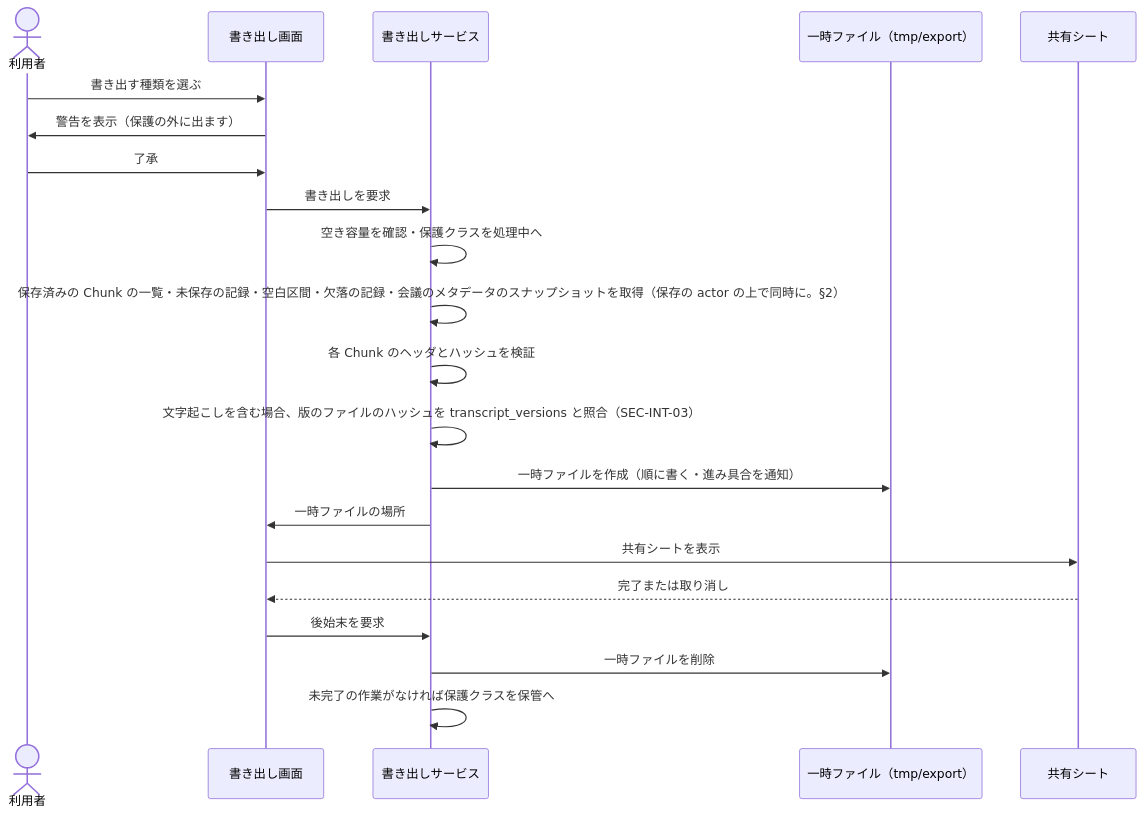
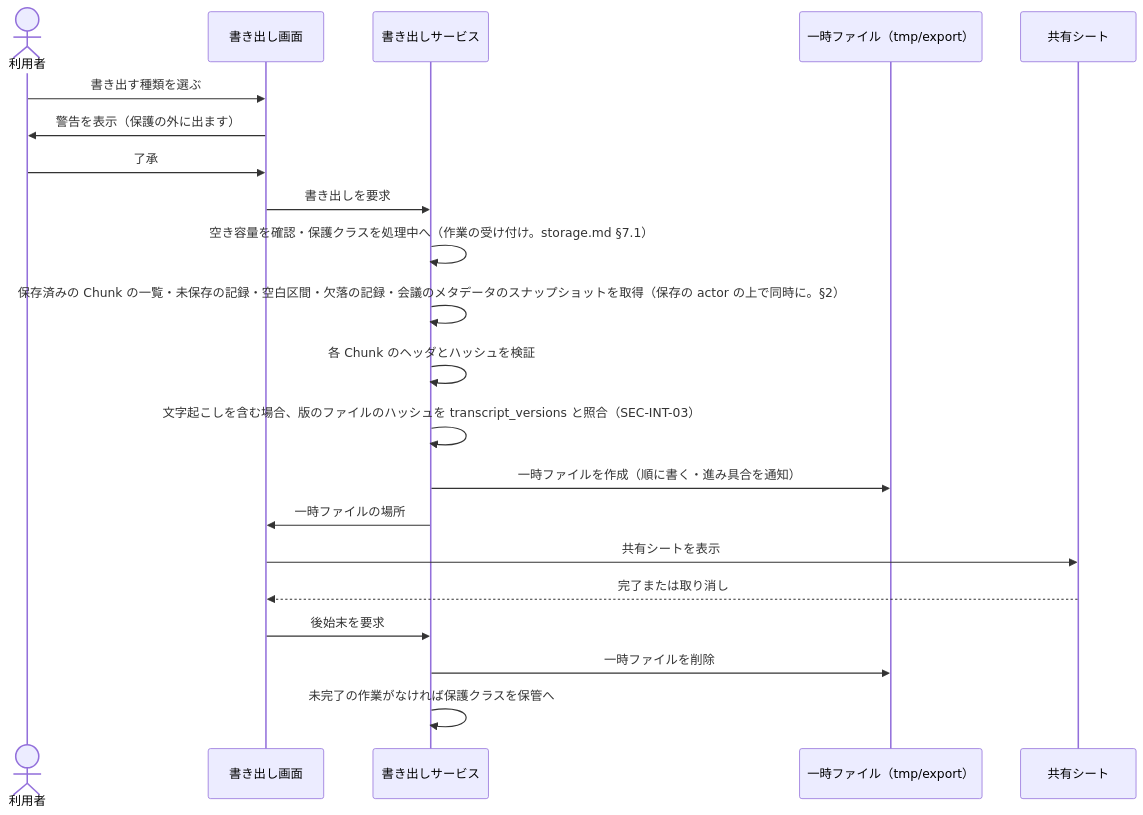
One commit to myoshi2891/Minutes-Mobile changed the diagram in docs/02-basic-design/export.md. Above: the diagram before and after it, drawn with Mermaid. The commit also changed 5 other files, not shown here.

````diff
--- a/docs/02-basic-design/export.md
+++ b/docs/02-basic-design/export.md
@@ -63,23 +63,23 @@
 ```mermaid
 sequenceDiagram
     actor U as 利用者
     participant V as 書き出し画面
     participant E as 書き出しサービス
     participant T as 一時ファイル（tmp/export）
     participant S as 共有シート
     U->>V: 書き出す種類を選ぶ
     V->>U: 警告を表示（保護の外に出ます）
     U->>V: 了承
     V->>E: 書き出しを要求
-    E->>E: 空き容量を確認・保護クラスを処理中へ
+    E->>E: 空き容量を確認・保護クラスを処理中へ（作業の受け付け。storage.md §7.1）
     E->>E: 保存済みの Chunk の一覧・未保存の記録・空白区間・欠落の記録・会議のメタデータのスナップショットを取得（保存の actor の上で同時に。§2）
     E->>E: 各 Chunk のヘッダとハッシュを検証
     E->>E: 文字起こしを含む場合、版のファイルのハッシュを transcript_versions と照合（SEC-INT-03）
     E->>T: 一時ファイルを作成（順に書く・進み具合を通知）
     E->>V: 一時ファイルの場所
     V->>S: 共有シートを表示
     S-->>V: 完了または取り消し
     V->>E: 後始末を要求
     E->>T: 一時ファイルを削除
     E->>E: 未完了の作業がなければ保護クラスを保管へ
 ```
````
